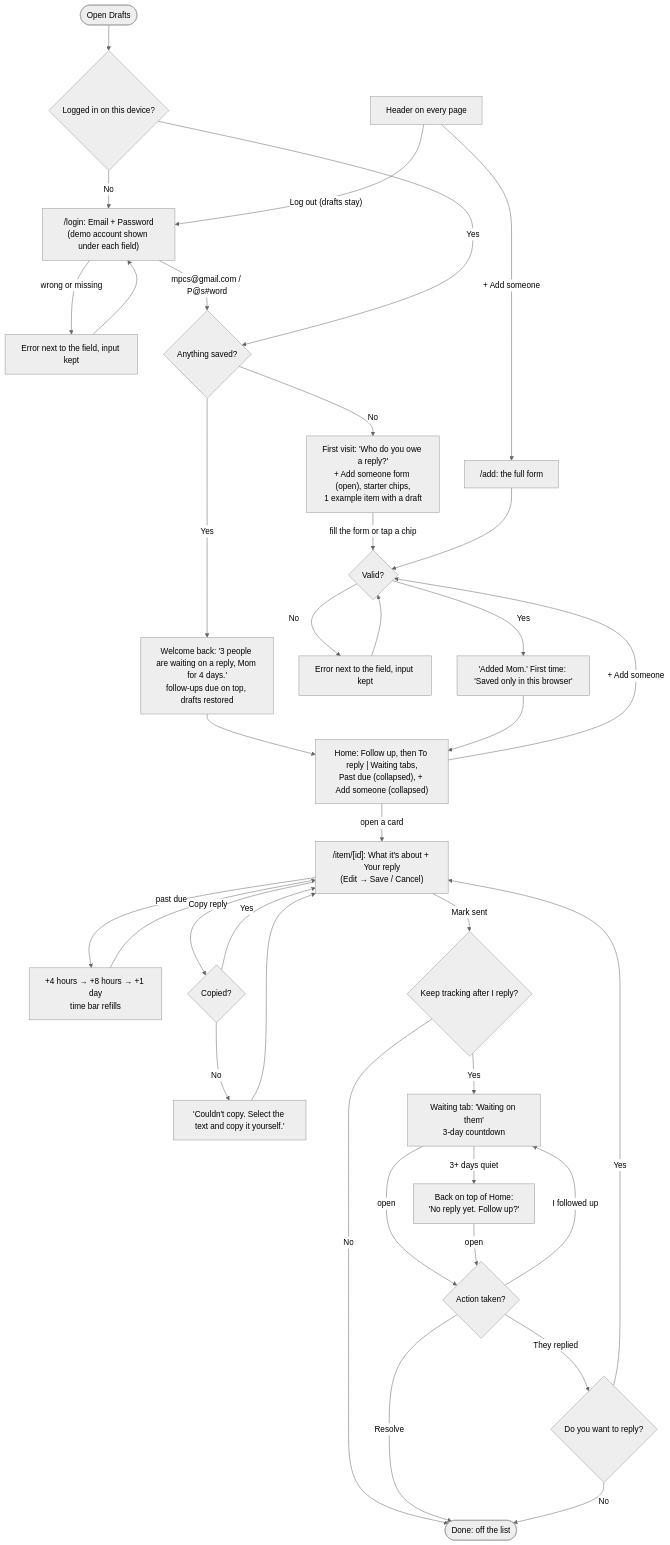
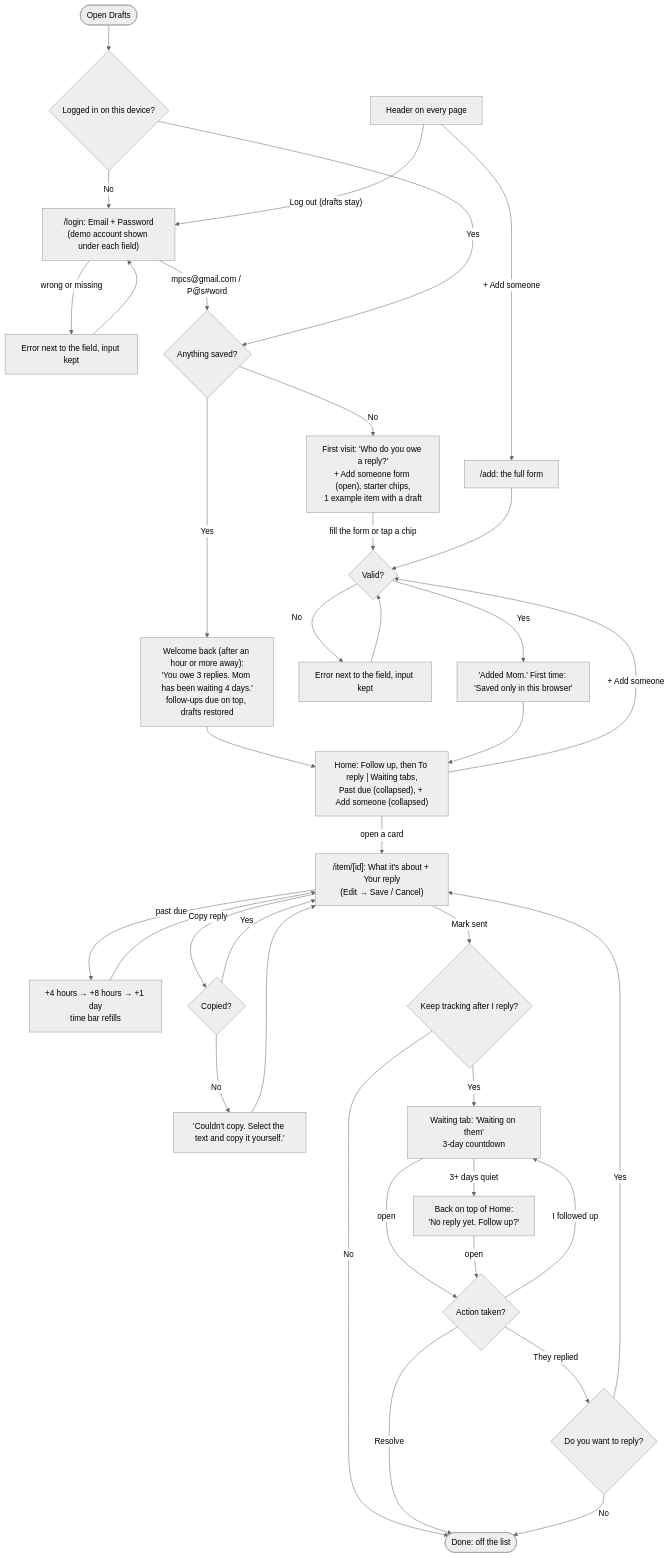
One commit to jdaguas/dbs-w3 changed the first of 2 diagrams in flows.md. Above: the diagram before and after it, drawn with Mermaid (neutral theme). The commit also changed other lines of this file and 7 other files, not shown here.

````diff
--- a/flows.md
+++ b/flows.md
@@ -9,37 +9,37 @@
 ```mermaid
 flowchart TD
   Open([Open Drafts]) --> Login{Logged in on this device?}
   Login -- No --> LoginPage["/login: Email + Password<br/>(demo account shown under each field)"]
   LoginPage -- "wrong or missing" --> LoginErr["Error next to the field, input kept"] --> LoginPage
   LoginPage -- "mpcs@gmail.com / P@s#word" --> Saved
   Login -- Yes --> Saved{Anything saved?}
 
   Saved -- No --> First["First visit: 'Who do you owe a reply?'<br/>+ Add someone form (open), starter chips,<br/>1 example item with a draft"]
-  Saved -- Yes --> Back["Welcome back: '3 people are waiting on a reply, Mom for 4 days.'<br/>follow-ups due on top, drafts restored"]
+  Saved -- Yes --> Back["Welcome back (after an hour or more away):<br/>'You owe 3 replies. Mom has been waiting 4 days.'<br/>follow-ups due on top, drafts restored"]
   First -- "fill the form or tap a chip" --> Check
   Back --> Home
 
   Home["Home: Follow up, then To reply | Waiting tabs,<br/>Past due (collapsed), + Add someone (collapsed)"] -- "+ Add someone" --> Check{Valid?}
   Check -- No --> Err["Error next to the field, input kept"] --> Check
   Check -- Yes --> Added["'Added Mom.' First time: 'Saved only in this browser'"] --> Home
   Header["Header on every page"] -- "+ Add someone" --> AddPage["/add: the full form"] --> Check
   Header -- "Log out (drafts stay)" --> LoginPage
 
   Home -- open a card --> Item["/item/[id]: What it's about + Your reply<br/>(Edit → Save / Cancel)"]
   Item -- "past due" --> Boost["+4 hours → +8 hours → +1 day<br/>time bar refills"] --> Item
   Item -- Copy reply --> Copied{Copied?}
   Copied -- No --> CopyErr["'Couldn't copy. Select the text and copy it yourself.'"] --> Item
   Copied -- Yes --> Item
   Item -- Mark sent --> Kind{Keep tracking after I reply?}
   Kind -- No --> Done([Done: off the list])
   Kind -- Yes --> Waiting["Waiting tab: 'Waiting on them'<br/>3-day countdown"]
 
   Waiting -- "3+ days quiet" --> Nudge["Back on top of Home:<br/>'No reply yet. Follow up?'"]
   Waiting -- open --> Action{Action taken?}
   Nudge -- open --> Action
   Action -- "I followed up" --> Waiting
   Action -- "They replied" --> Reply{Do you want to reply?}
   Action -- Resolve --> Done
   Reply -- Yes --> Item
   Reply -- No --> Done
 ```
````
